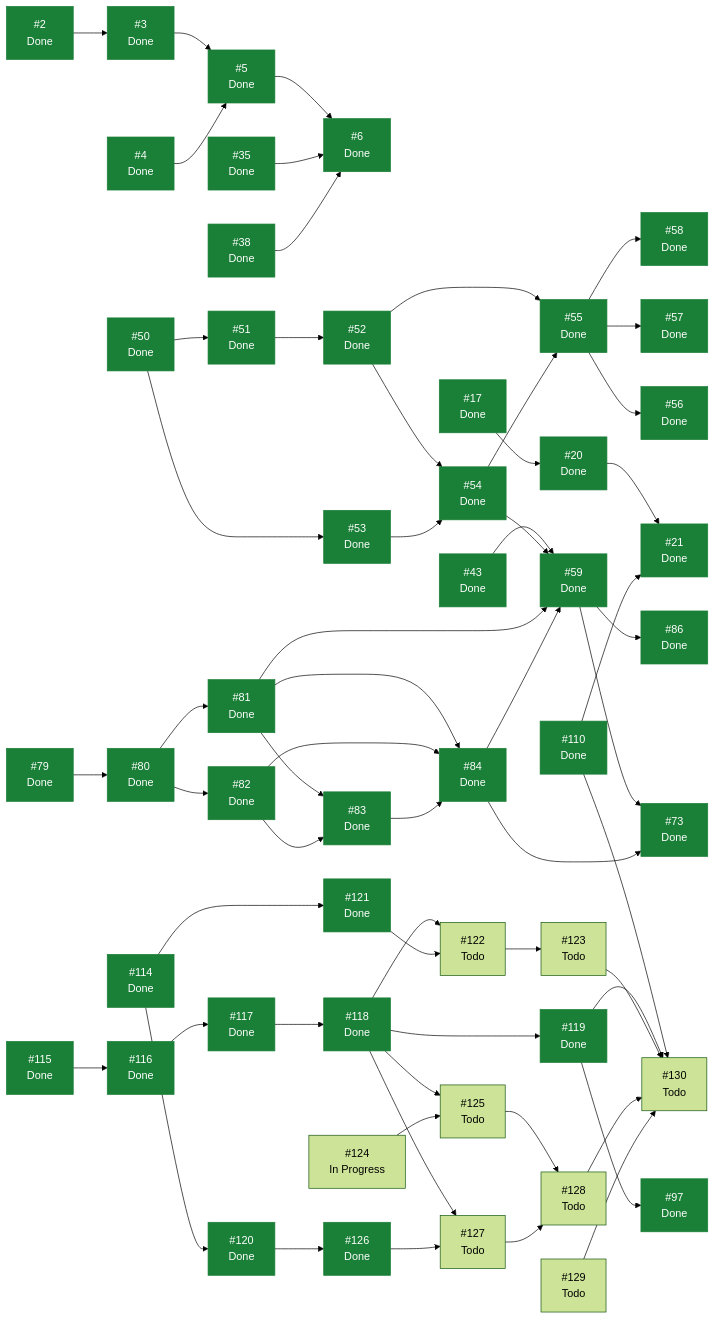
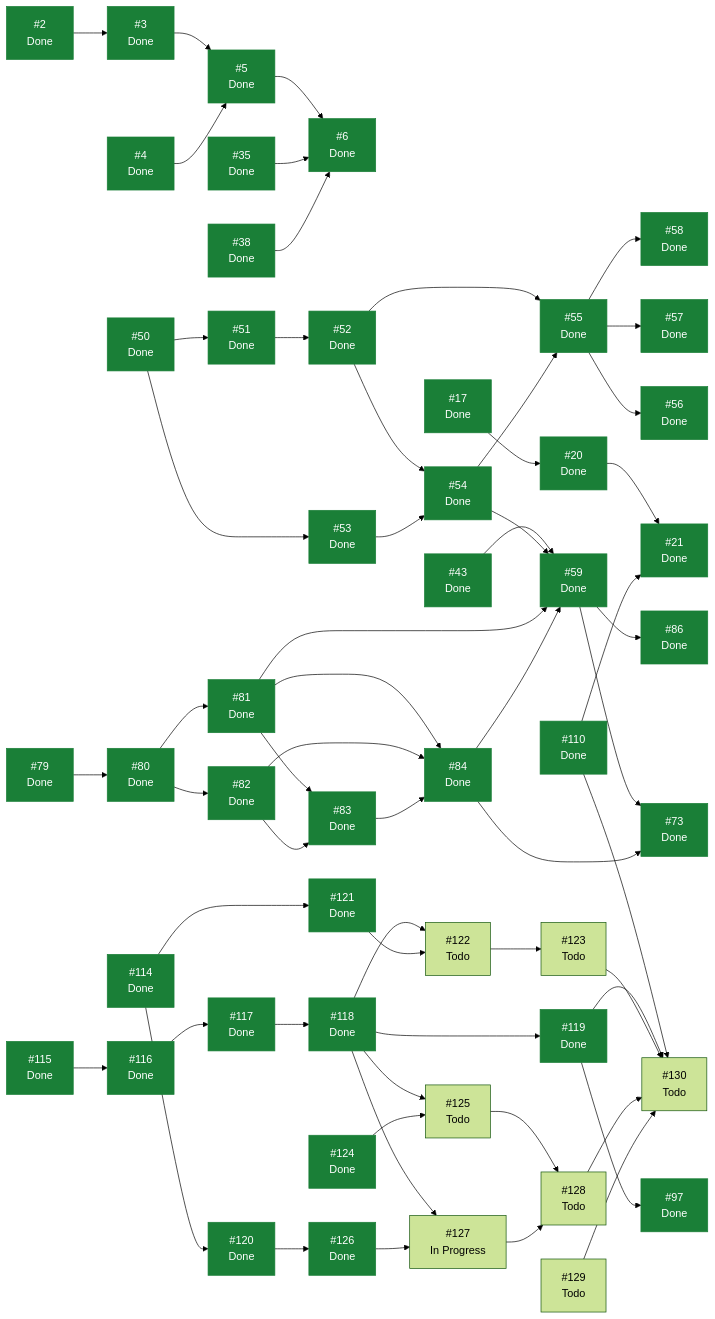
Before and after one commit to ecamp0s/evault: the diagram in docs/planning/STATUS.md, drawn with Mermaid (forest theme). The commit also changed other lines of this file, not shown here.

````diff
--- a/docs/planning/STATUS.md
+++ b/docs/planning/STATUS.md
@@ -176,10 +176,10 @@
   I121["#121<br/>Done"]
   I122["#122<br/>Todo"]
   I123["#123<br/>Todo"]
-  I124["#124<br/>In Progress"]
+  I124["#124<br/>Done"]
   I125["#125<br/>Todo"]
   I126["#126<br/>Done"]
-  I127["#127<br/>Todo"]
+  I127["#127<br/>In Progress"]
   I128["#128<br/>Todo"]
   I129["#129<br/>Todo"]
   I130["#130<br/>Todo"]
@@ -240,5 +240,5 @@
   I128 --> I130
   I129 --> I130
   classDef hecho fill:#1a7f37,stroke:#1a7f37,color:#fff;
-  class I2,I3,I4,I5,I6,I17,I20,I21,I35,I38,I43,I50,I51,I52,I53,I54,I55,I56,I57,I58,I59,I73,I79,I80,I81,I82,I83,I84,I86,I97,I110,I114,I115,I116,I117,I118,I119,I120,I121,I126 hecho;
+  class I2,I3,I4,I5,I6,I17,I20,I21,I35,I38,I43,I50,I51,I52,I53,I54,I55,I56,I57,I58,I59,I73,I79,I80,I81,I82,I83,I84,I86,I97,I110,I114,I115,I116,I117,I118,I119,I120,I121,I124,I126 hecho;
 ```
````
